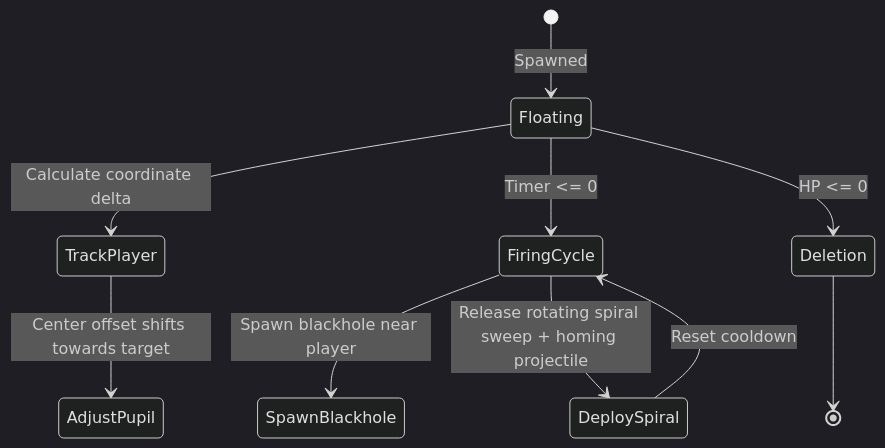
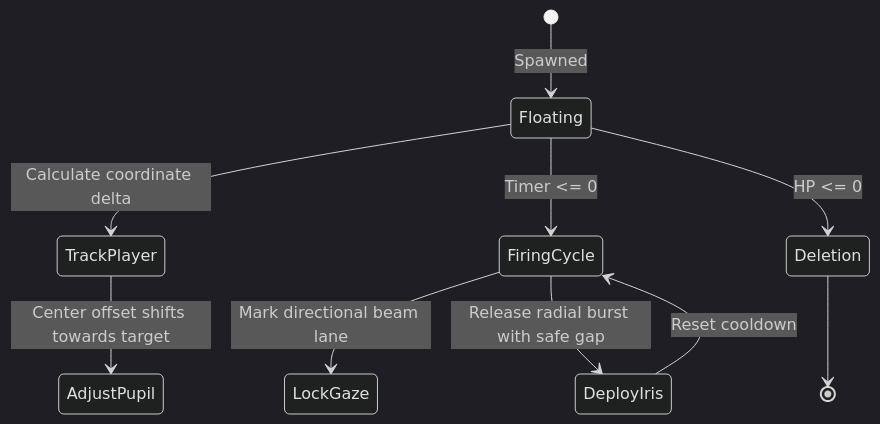
The eighth of 10 diagrams in README.md (Abubakkar-Khan/void_ptr), drawn with Mermaid (dark theme) before and after one commit. The commit also changed other lines of this file and 18 other files, not shown here.

````diff
--- a/README.md
+++ b/README.md
@@ -280,12 +290,12 @@
 ```mermaid
 stateDiagram-v2
     [*] --> Floating : Spawned
     Floating --> TrackPlayer : Calculate coordinate delta
     TrackPlayer --> AdjustPupil : Center offset shifts towards target
     Floating --> FiringCycle : Timer <= 0
-    FiringCycle --> SpawnBlackhole : Spawn blackhole near player
-    FiringCycle --> DeploySpiral : Release rotating spiral sweep + homing projectile
-    DeploySpiral --> FiringCycle : Reset cooldown
+    FiringCycle --> LockGaze : Mark directional beam lane
+    FiringCycle --> DeployIris : Release radial burst with safe gap
+    DeployIris --> FiringCycle : Reset cooldown
     Floating --> Deletion : HP <= 0
     Deletion --> [*]
 ```
````
